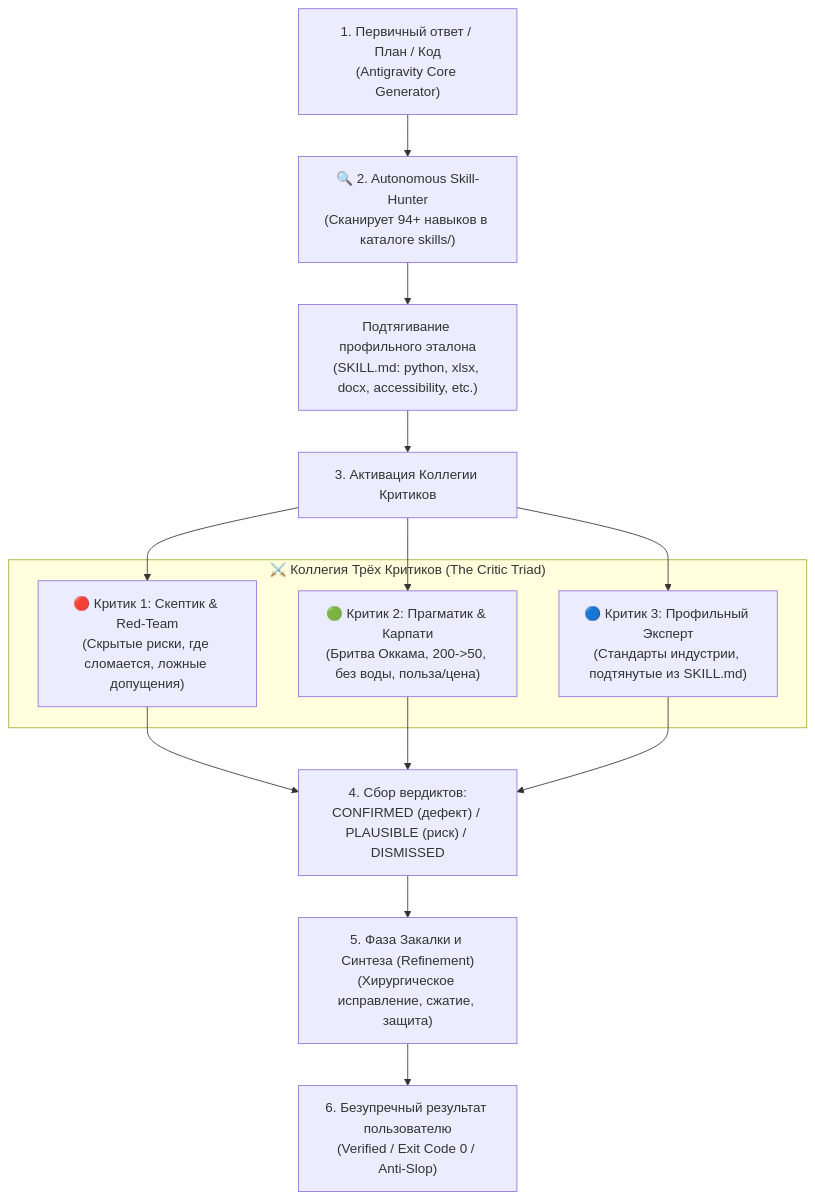
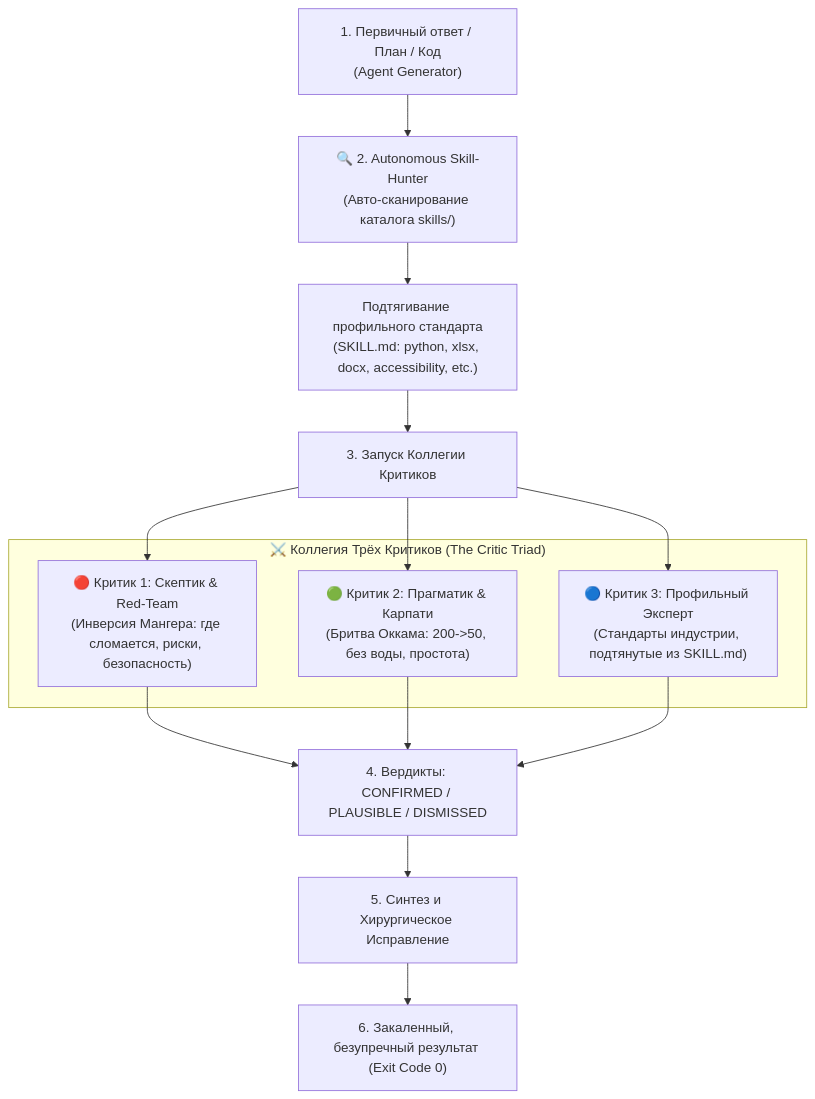
One commit to MortuisVMain/antigravity-master-framework changed the second of 2 diagrams in README.md. Above: the diagram before and after it, drawn with Mermaid. The commit also changed other lines of this file and 396 other files, not shown here.

````diff
--- a/README.md
+++ b/README.md
@@ -30,24 +35,24 @@
 ```mermaid
 flowchart TD
-    Generator["1. Первичный ответ / План / Код<br/>(Antigravity Core Generator)"] --> SkillHunter["🔍 2. Autonomous Skill-Hunter<br/>(Сканирует 94+ навыков в каталоге skills/)"]
+    Generator["1. Первичный ответ / План / Код<br/>(Agent Generator)"] --> SkillHunter["🔍 2. Autonomous Skill-Hunter<br/>(Авто-сканирование каталога skills/)"]
     
-    SkillHunter --> DomainSkills["Подтягивание профильного эталона<br/>(SKILL.md: python, xlsx, docx, accessibility, etc.)"]
-    DomainSkills --> LaunchTriad["3. Активация Коллегии Критиков"]
+    SkillHunter --> DomainSkills["Подтягивание профильного стандарта<br/>(SKILL.md: python, xlsx, docx, accessibility, etc.)"]
+    DomainSkills --> LaunchTriad["3. Запуск Коллегии Критиков"]
     
     subgraph TriadCouncil["⚔️ Коллегия Трёх Критиков (The Critic Triad)"]
-        C1["🔴 Критик 1: Скептик & Red-Team<br/>(Скрытые риски, где сломается, ложные допущения)"]
-        C2["🟢 Критик 2: Прагматик & Карпати<br/>(Бритва Оккама, 200->50, без воды, польза/цена)"]
+        C1["🔴 Критик 1: Скептик & Red-Team<br/>(Инверсия Мангера: где сломается, риски, безопасность)"]
+        C2["🟢 Критик 2: Прагматик & Карпати<br/>(Бритва Оккама: 200->50, без воды, простота)"]
         C3["🔵 Критик 3: Профильный Эксперт<br/>(Стандарты индустрии, подтянутые из SKILL.md)"]
     end
     
     LaunchTriad --> C1
     LaunchTriad --> C2
     LaunchTriad --> C3
     
-    C1 --> Verdicts["4. Сбор вердиктов:<br/>CONFIRMED (дефект) / PLAUSIBLE (риск) / DISMISSED"]
+    C1 --> Verdicts["4. Вердикты: CONFIRMED / PLAUSIBLE / DISMISSED"]
     C2 --> Verdicts
     C3 --> Verdicts
     
-    Verdicts --> Synthesis["5. Фаза Закалки и Синтеза (Refinement)<br/>(Хирургическое исправление, сжатие, защита)"]
-    Synthesis --> Final["6. Безупречный результат пользователю<br/>(Verified / Exit Code 0 / Anti-Slop)"]
+    Verdicts --> Synthesis["5. Синтез и Хирургическое Исправление"]
+    Synthesis --> Final["6. Закаленный, безупречный результат (Exit Code 0)"]
 ```
````
